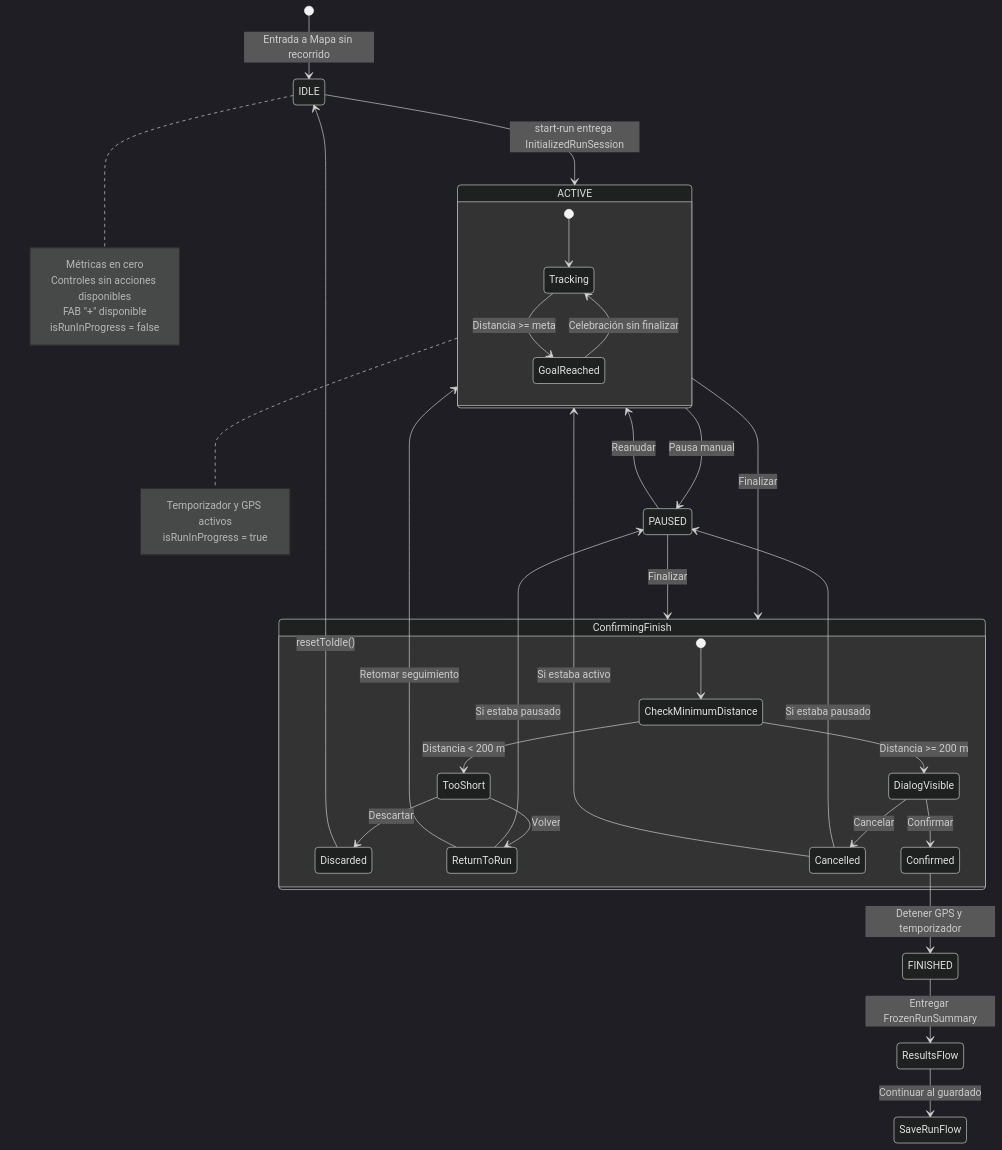
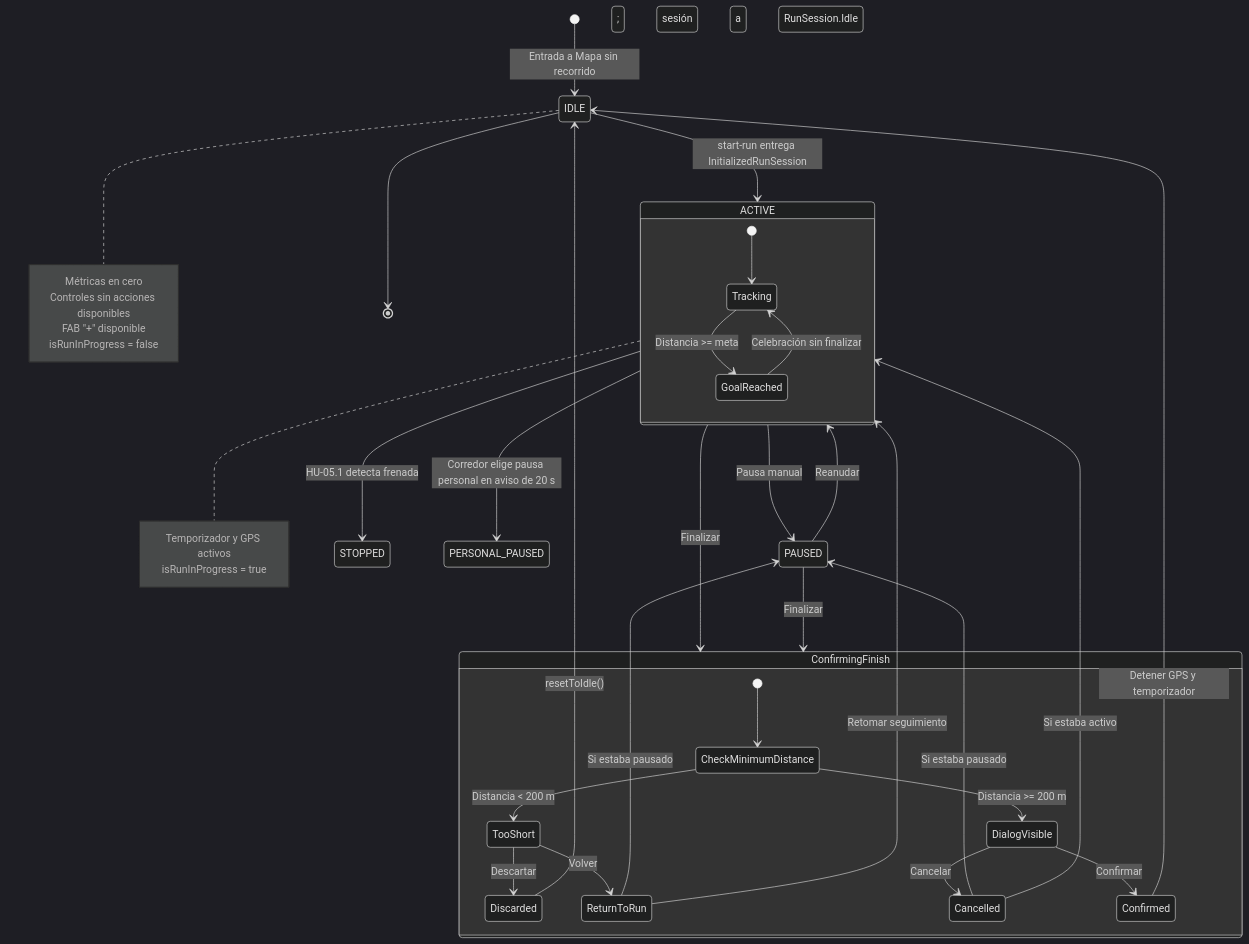
One commit to unlam-tec-movil/A3-2026-H2-E2 changed the third of 5 diagrams in .kiro/specs/live-route-tracking/design.md. Above: the diagram before and after it, drawn with Mermaid (dark theme). The commit also changed other lines of this file, not shown here.

````diff
--- a/.kiro/specs/live-route-tracking/design.md
+++ b/.kiro/specs/live-route-tracking/design.md
@@ -350,54 +355,56 @@
 ```mermaid
 stateDiagram-v2
     [*] --> IDLE : Entrada a Mapa sin recorrido
 
     note right of IDLE
         Métricas en cero
         Controles sin acciones disponibles
         FAB "+" disponible
         isRunInProgress = false
     end note
 
     IDLE --> ACTIVE : start-run entrega InitializedRunSession
 
     note right of ACTIVE
         Temporizador y GPS activos
         isRunInProgress = true
     end note
 
     state ACTIVE {
         [*] --> Tracking
         Tracking --> GoalReached : Distancia >= meta
         GoalReached --> Tracking : Celebración sin finalizar
     }
 
     ACTIVE --> PAUSED : Pausa manual
     PAUSED --> ACTIVE : Reanudar
 
+    ACTIVE --> STOPPED : HU-05.1 detecta frenada
+    ACTIVE --> PERSONAL_PAUSED : Corredor elige pausa personal en aviso de 20 s
+
     ACTIVE --> ConfirmingFinish : Finalizar
     PAUSED --> ConfirmingFinish : Finalizar
 
     state ConfirmingFinish {
         [*] --> CheckMinimumDistance
         CheckMinimumDistance --> TooShort : Distancia < 200 m
         CheckMinimumDistance --> DialogVisible : Distancia >= 200 m
 
         TooShort --> Discarded : Descartar
         TooShort --> ReturnToRun : Volver
 
         DialogVisible --> Cancelled : Cancelar
         DialogVisible --> Confirmed : Confirmar
     }
 
     ReturnToRun --> ACTIVE : Retomar seguimiento
     ReturnToRun --> PAUSED : Si estaba pausado
 
     Cancelled --> ACTIVE : Si estaba activo
     Cancelled --> PAUSED : Si estaba pausado
 
-    Confirmed --> FINISHED : Detener GPS y temporizador
+    Confirmed --> IDLE : Detener GPS y temporizador; sesión a RunSession.Idle
     Discarded --> IDLE : resetToIdle()
 
-    FINISHED --> ResultsFlow : Entregar FrozenRunSummary
-    ResultsFlow --> SaveRunFlow : Continuar al guardado
+    IDLE --> [*]
 ```
````
